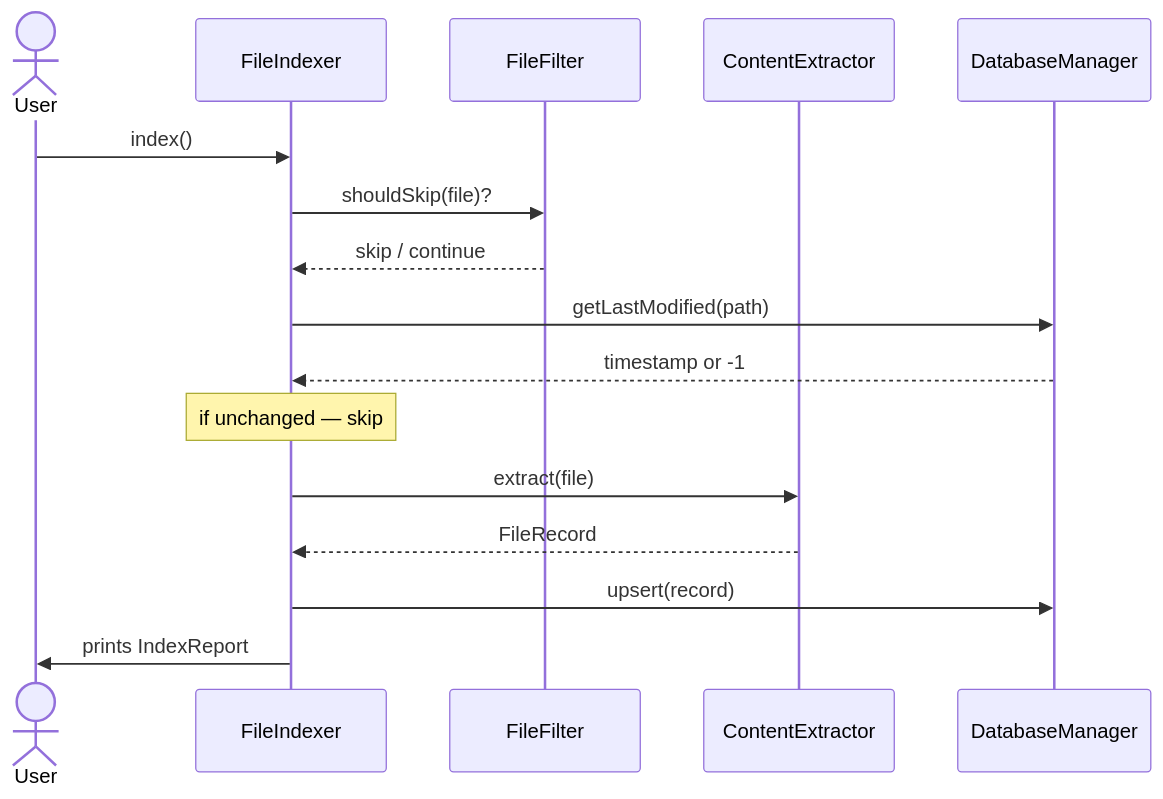
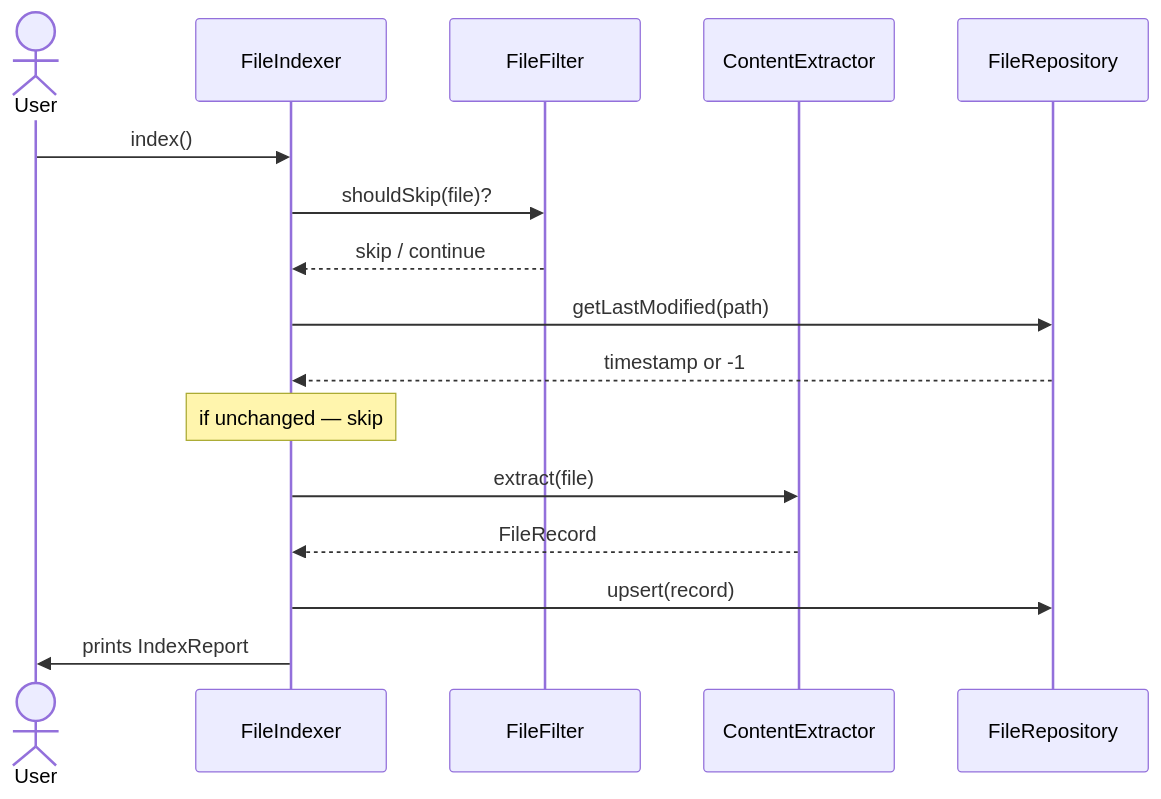
Before and after one commit to IonutzHerbil/Search_Engine: the fifth of 7 diagrams in ARCHITECTURE.md, drawn with Mermaid. The commit also changed other lines of this file, not shown here.

Commit message:
docs: updated architecture to reflect refactored structure

````diff
--- a/ARCHITECTURE.md
+++ b/ARCHITECTURE.md
@@ -262,19 +315,19 @@
 ```mermaid
 sequenceDiagram
     actor User
     participant FileIndexer
     participant FileFilter
     participant ContentExtractor
-    participant DatabaseManager
+    participant FileRepository
 
     User->>FileIndexer: index()
     FileIndexer->>FileFilter: shouldSkip(file)?
     FileFilter-->>FileIndexer: skip / continue
-    FileIndexer->>DatabaseManager: getLastModified(path)
-    DatabaseManager-->>FileIndexer: timestamp or -1
+    FileIndexer->>FileRepository: getLastModified(path)
+    FileRepository-->>FileIndexer: timestamp or -1
     Note over FileIndexer: if unchanged — skip
     FileIndexer->>ContentExtractor: extract(file)
     ContentExtractor-->>FileIndexer: FileRecord
-    FileIndexer->>DatabaseManager: upsert(record)
+    FileIndexer->>FileRepository: upsert(record)
     FileIndexer->>User: prints IndexReport
 ```
````
